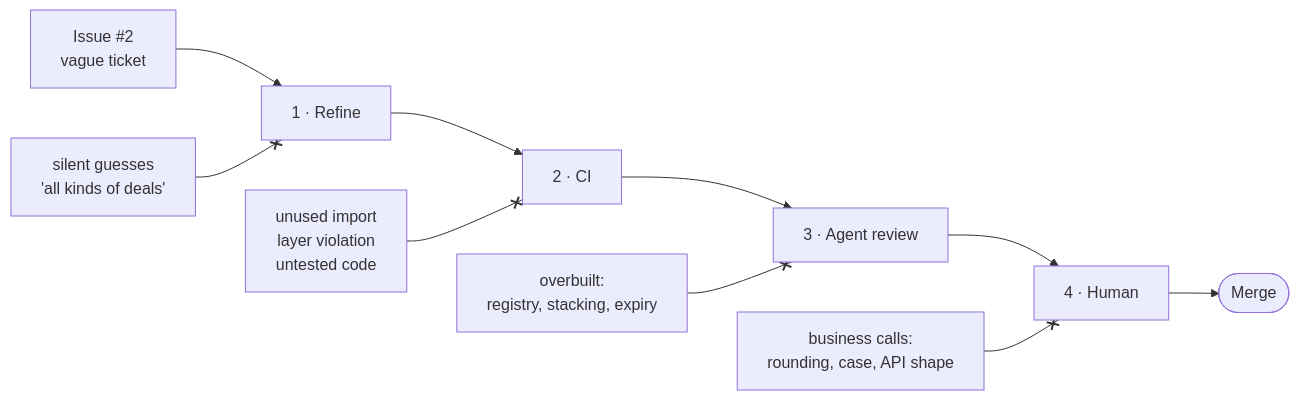
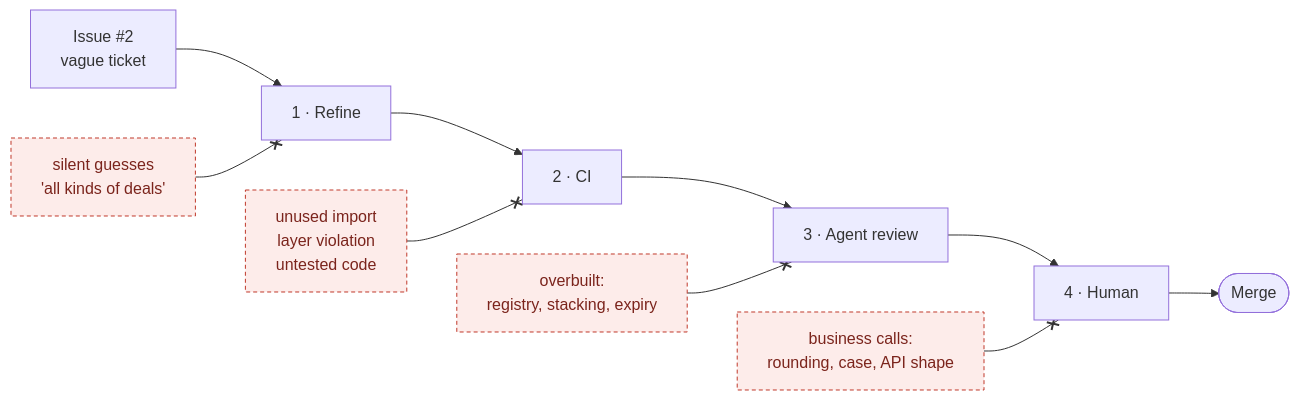
Before and after one commit to limsijie93/tt-masterclass-agentic-sdlc-lite: the diagram in course/why.md, drawn with Mermaid.

Commit message:
why.md: style defects in the Swiss cheese diagram

````diff
--- a/course/why.md
+++ b/course/why.md
@@ -9,8 +9,10 @@
 ```mermaid
 flowchart LR
   T["Issue #2<br/>vague ticket"] --> R["1 · Refine"] --> C["2 · CI"] --> A["3 · Agent review"] --> H["4 · Human"] --> M(["Merge"])
   d1["silent guesses<br/>'all kinds of deals'"] --x R
   d2["unused import<br/>layer violation<br/>untested code"] --x C
   d3["overbuilt:<br/>registry, stacking, expiry"] --x A
   d4["business calls:<br/>rounding, case, API shape"] --x H
+  classDef defect fill:#fdecea,stroke:#c0392b,stroke-dasharray:4 3,color:#7b241c
+  class d1,d2,d3,d4 defect
 ```
````
